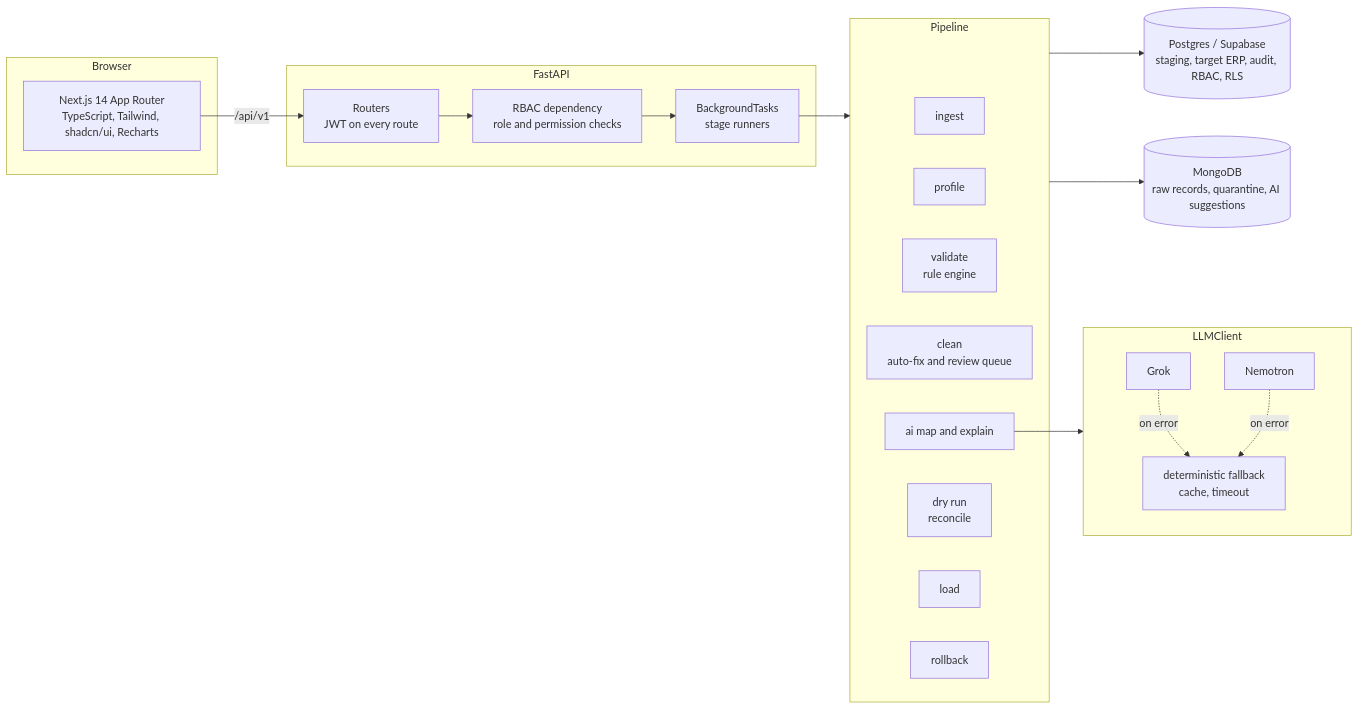
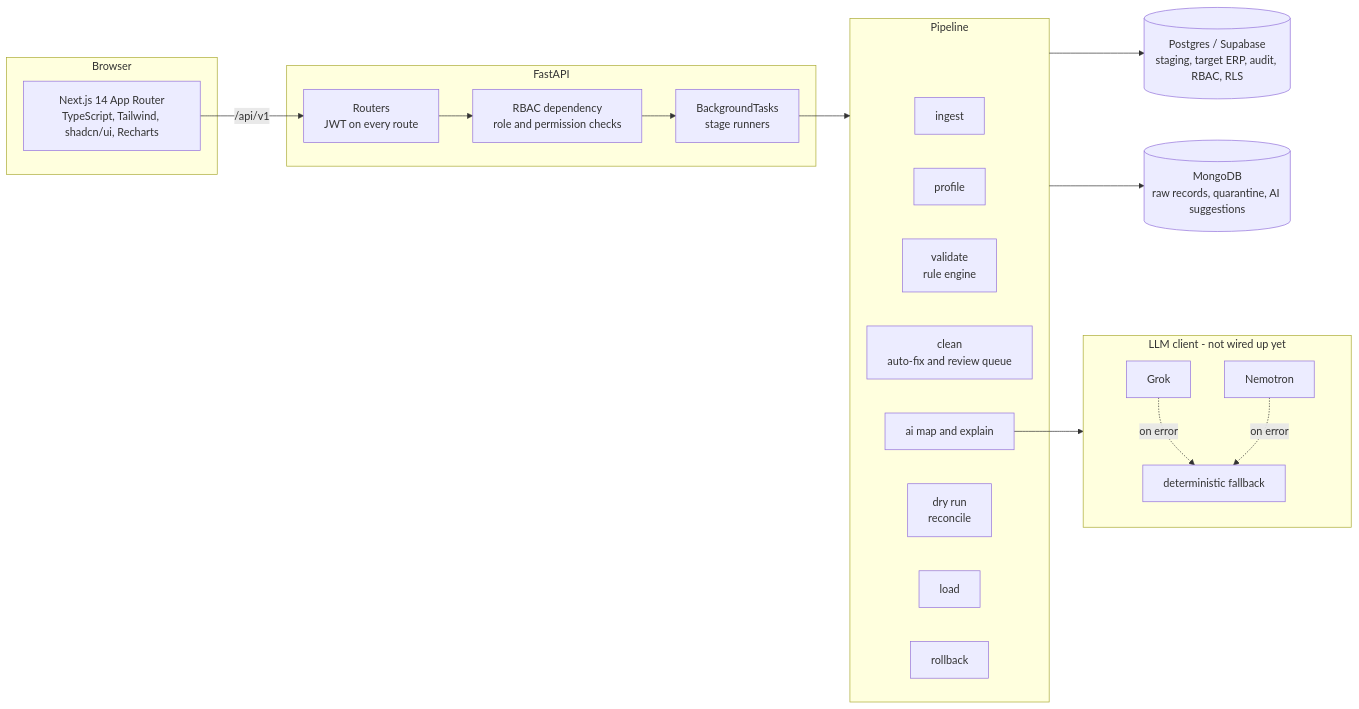
Before and after one commit to Laqtumx/Heisenbug: the first of 2 diagrams in README.md, drawn with Mermaid. The commit also changed other lines of this file and 2 other files, not shown here.

````diff
--- a/README.md
+++ b/README.md
@@ -33,40 +33,40 @@
 ```mermaid
 flowchart LR
   subgraph Browser
     UI[Next.js 14 App Router<br/>TypeScript, Tailwind, shadcn/ui, Recharts]
   end
 
   subgraph API[FastAPI]
     RT[Routers<br/>JWT on every route]
     RBAC[RBAC dependency<br/>role and permission checks]
     BG[BackgroundTasks<br/>stage runners]
   end
 
   subgraph Engine[Pipeline]
     ING[ingest]
     PRO[profile]
     VAL[validate<br/>rule engine]
     CLN[clean<br/>auto-fix and review queue]
     MAP[ai map and explain]
     DRY[dry run<br/>reconcile]
     LOA[load]
     ROL[rollback]
   end
 
-  subgraph LLM[LLMClient]
+  subgraph LLM[LLM client - not wired up yet]
     GRK[Grok]
     NEM[Nemotron]
-    FAL[deterministic fallback<br/>cache, timeout]
+    FAL[deterministic fallback]
   end
 
   PG[(Postgres / Supabase<br/>staging, target ERP, audit, RBAC, RLS)]
   MG[(MongoDB<br/>raw records, quarantine, AI suggestions)]
 
   UI -->|/api/v1| RT
   RT --> RBAC --> BG --> Engine
   Engine --> PG
   Engine --> MG
   MAP --> LLM
   GRK -.->|on error| FAL
   NEM -.->|on error| FAL
 ```
````
